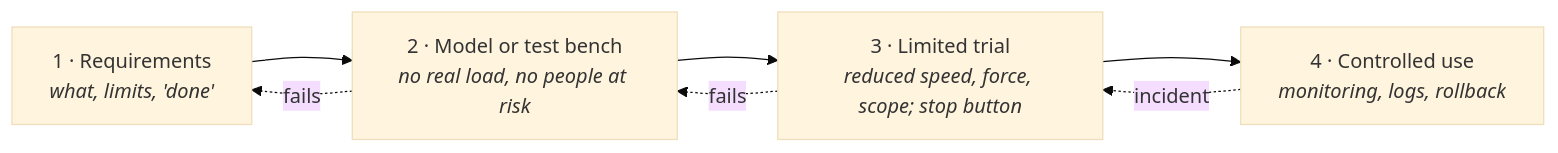
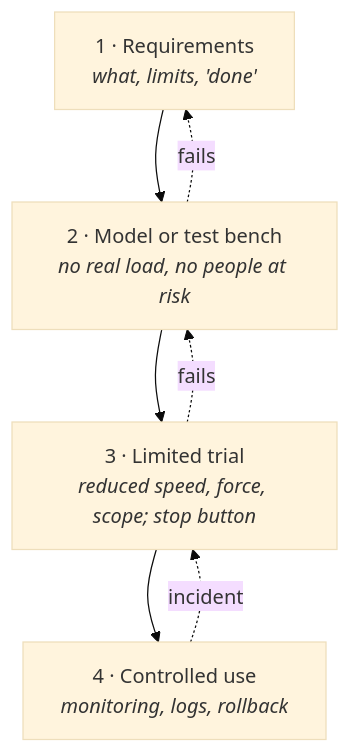
One commit to HomenSAI/two-worlds-one-mind changed the second of 2 diagrams in book/04-physical-ai.md. Above: the diagram before and after it, drawn with Mermaid (base theme). The commit also changed 24 other files, not shown here.

Commit message:
Fix build and checks (diagram layout, tables, checkbox lists, anchors), add text and workflow checks, lock tool versions

````diff
--- a/book/04-physical-ai.md
+++ b/book/04-physical-ai.md
@@ -48,7 +48,7 @@
 ```mermaid
-flowchart LR
+flowchart TB
     R["1 · Requirements<br/><i>what, limits, 'done'</i>"] --> M["2 · Model or test bench<br/><i>no real load, no people at risk</i>"] --> L["3 · Limited trial<br/><i>reduced speed, force, scope; stop button</i>"] --> C["4 · Controlled use<br/><i>monitoring, logs, rollback</i>"]
     M -. fails .-> R
     L -. fails .-> M
     C -. incident .-> L
 ```
````
